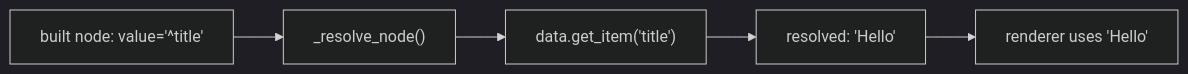
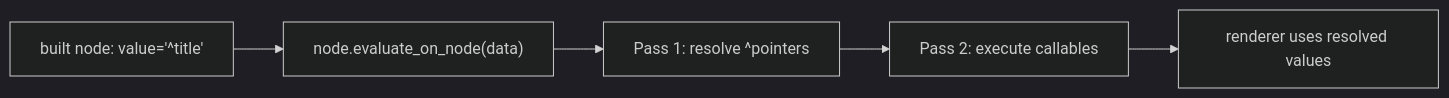
One commit to genropy/genro-builders changed the fourth of 5 diagrams in docs/builders/architecture.md. Above: the diagram before and after it, drawn with Mermaid (dark theme). The commit also changed other lines of this file and 3 other files, not shown here.

First line of the commit message:
docs: custom renderers guide, iterate docs, updated architecture

````diff
--- a/docs/builders/architecture.md
+++ b/docs/builders/architecture.md
@@ -102,7 +102,7 @@
 ```{mermaid}
 flowchart LR
-    A["built node: value='^title'"] --> B["_resolve_node()"]
-    B --> C["data.get_item('title')"]
-    C --> D["resolved: 'Hello'"]
-    D --> E["renderer uses 'Hello'"]
+    A["built node: value='^title'"] --> B["node.evaluate_on_node(data)"]
+    B --> C["Pass 1: resolve ^pointers"]
+    C --> D["Pass 2: execute callables"]
+    D --> E["renderer uses resolved values"]
 ```
````
